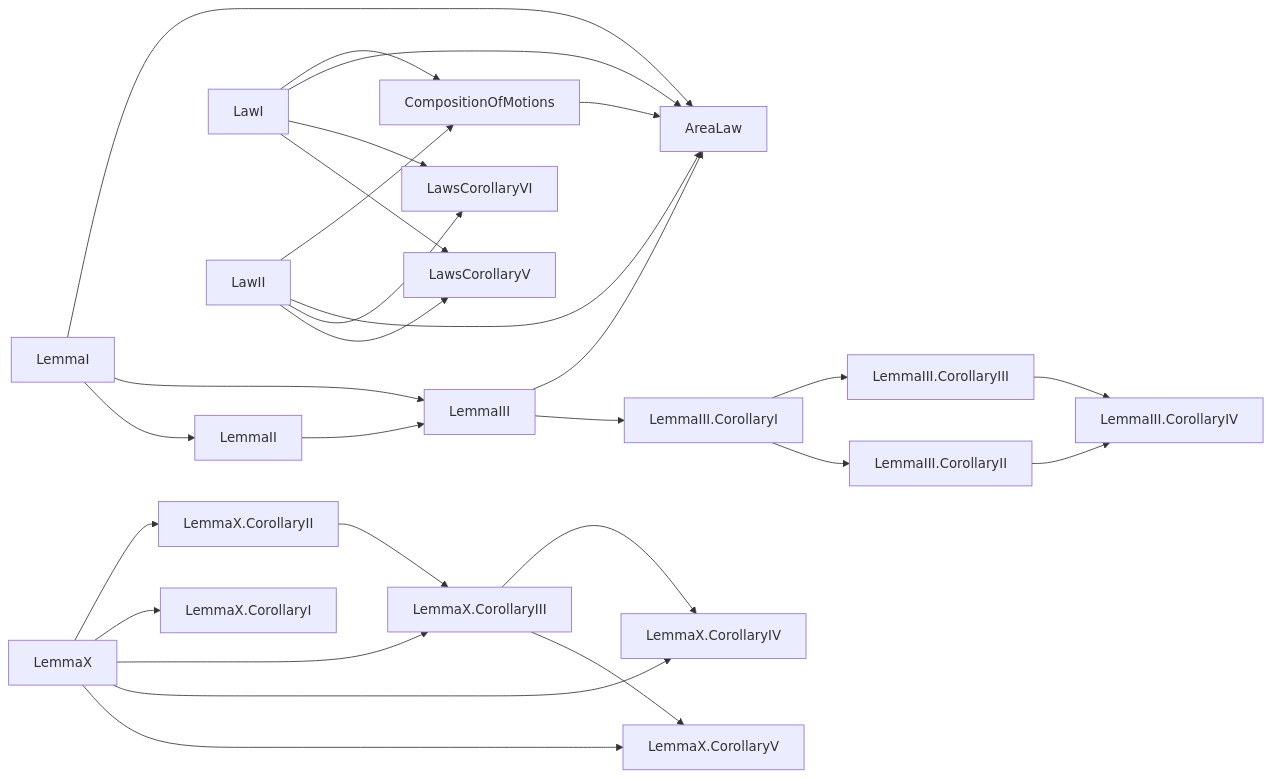
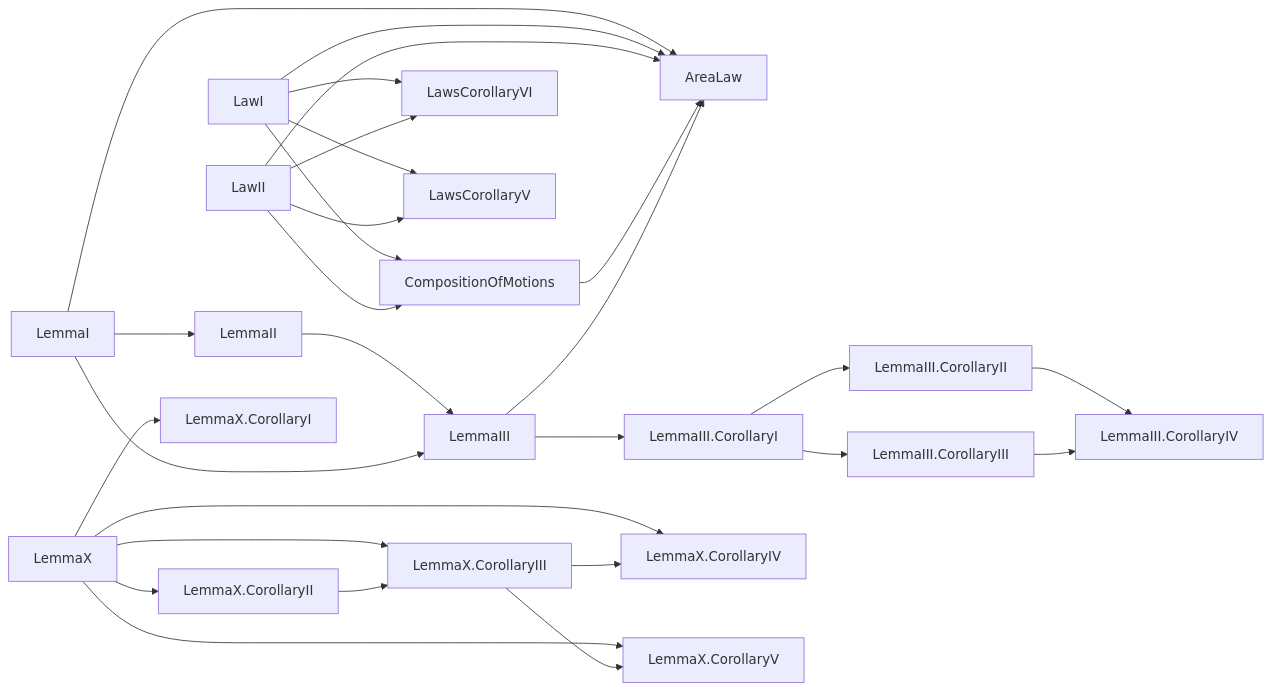
Before and after one commit to arivero/newtonlean: the seventh of 7 diagrams in research/figures.md, drawn with Mermaid. The commit also changed other lines of this file and 17 other files, not shown here.

Commit message:
Extend Lemma II–III area approximation to assigned magnitudes

````diff
--- a/research/figures.md
+++ b/research/figures.md
@@ -223,30 +223,30 @@
 ```mermaid
 flowchart LR
   LemmaII["LemmaII"] --> LemmaIII["LemmaIII"]
+  LemmaI["LemmaI"] --> LemmaIII["LemmaIII"]
   LemmaI["LemmaI"] --> AreaLaw["AreaLaw"]
   LawI["LawI"] --> CompositionOfMotions["CompositionOfMotions"]
   LawII["LawII"] --> CompositionOfMotions["CompositionOfMotions"]
   LawI["LawI"] --> AreaLaw["AreaLaw"]
   LawII["LawII"] --> AreaLaw["AreaLaw"]
   CompositionOfMotions["CompositionOfMotions"] --> AreaLaw["AreaLaw"]
+  LemmaIII["LemmaIII"] --> LemmaIII_CorollaryI["LemmaIII.CorollaryI"]
   LemmaIII["LemmaIII"] --> AreaLaw["AreaLaw"]
   LemmaIII_CorollaryI["LemmaIII.CorollaryI"] --> LemmaIII_CorollaryIII["LemmaIII.CorollaryIII"]
-  LemmaI["LemmaI"] --> LemmaIII["LemmaIII"]
   LemmaIII_CorollaryII["LemmaIII.CorollaryII"] --> LemmaIII_CorollaryIV["LemmaIII.CorollaryIV"]
   LemmaIII_CorollaryIII["LemmaIII.CorollaryIII"] --> LemmaIII_CorollaryIV["LemmaIII.CorollaryIV"]
+  LemmaI["LemmaI"] --> LemmaII["LemmaII"]
   LemmaX["LemmaX"] --> LemmaX_CorollaryII["LemmaX.CorollaryII"]
-  LemmaI["LemmaI"] --> LemmaII["LemmaII"]
   LemmaX["LemmaX"] --> LemmaX_CorollaryI["LemmaX.CorollaryI"]
   LemmaX["LemmaX"] --> LemmaX_CorollaryIII["LemmaX.CorollaryIII"]
   LemmaX_CorollaryII["LemmaX.CorollaryII"] --> LemmaX_CorollaryIII["LemmaX.CorollaryIII"]
   LawI["LawI"] --> LawsCorollaryVI["LawsCorollaryVI"]
   LawII["LawII"] --> LawsCorollaryVI["LawsCorollaryVI"]
   LawI["LawI"] --> LawsCorollaryV["LawsCorollaryV"]
   LawII["LawII"] --> LawsCorollaryV["LawsCorollaryV"]
   LemmaIII_CorollaryI["LemmaIII.CorollaryI"] --> LemmaIII_CorollaryII["LemmaIII.CorollaryII"]
   LemmaX["LemmaX"] --> LemmaX_CorollaryIV["LemmaX.CorollaryIV"]
   LemmaX_CorollaryIII["LemmaX.CorollaryIII"] --> LemmaX_CorollaryIV["LemmaX.CorollaryIV"]
-  LemmaIII["LemmaIII"] --> LemmaIII_CorollaryI["LemmaIII.CorollaryI"]
   LemmaX["LemmaX"] --> LemmaX_CorollaryV["LemmaX.CorollaryV"]
   LemmaX_CorollaryIII["LemmaX.CorollaryIII"] --> LemmaX_CorollaryV["LemmaX.CorollaryV"]
 ```
````
